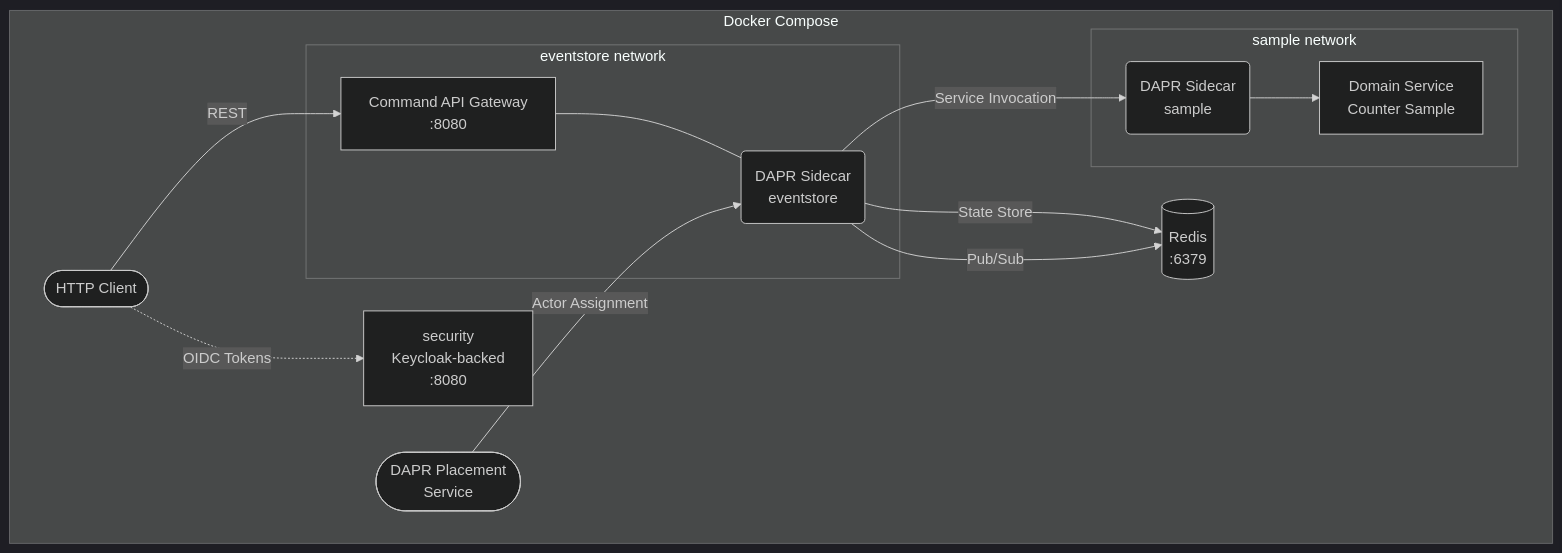
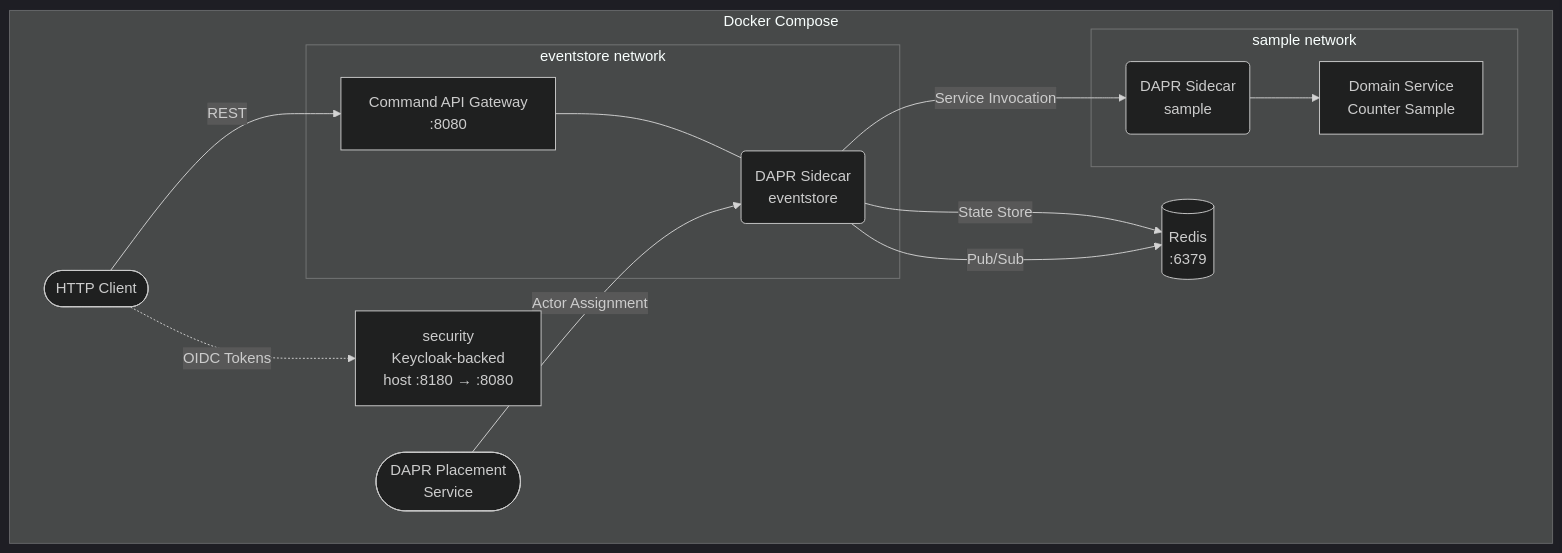
The diagram in docs/guides/deployment-docker-compose.md (Hexalith/Hexalith.EventStore), drawn with Mermaid (dark theme) before and after one commit. The commit also changed 5 other files, not shown here.

````diff
--- a/docs/guides/deployment-docker-compose.md
+++ b/docs/guides/deployment-docker-compose.md
@@ -13,29 +13,29 @@
 ```mermaid
 flowchart TB
     Client([HTTP Client])
 
     subgraph DockerCompose["Docker Compose"]
         subgraph EventStoreGroup["eventstore network"]
             EventStore[Command API Gateway<br/>:8080]
             CmdSidecar(DAPR Sidecar<br/>eventstore)
         end
 
         subgraph SampleGroup["sample network"]
             Sample[Domain Service<br/>Counter Sample]
             SampleSidecar(DAPR Sidecar<br/>sample)
         end
 
         Redis[(Redis<br/>:6379)]
-        Security[security<br/>Keycloak-backed<br/>:8080]
+        Security[security<br/>Keycloak-backed<br/>host :8180 → :8080]
         Placement([DAPR Placement<br/>Service])
 
         Client -->|REST| EventStore
         EventStore --- CmdSidecar
         CmdSidecar -->|Service Invocation| SampleSidecar
         SampleSidecar --> Sample
         CmdSidecar -->|State Store| Redis
         CmdSidecar -->|Pub/Sub| Redis
         Placement -->|Actor Assignment| CmdSidecar
         Client -.->|OIDC Tokens| Security
     end
 ```
````
